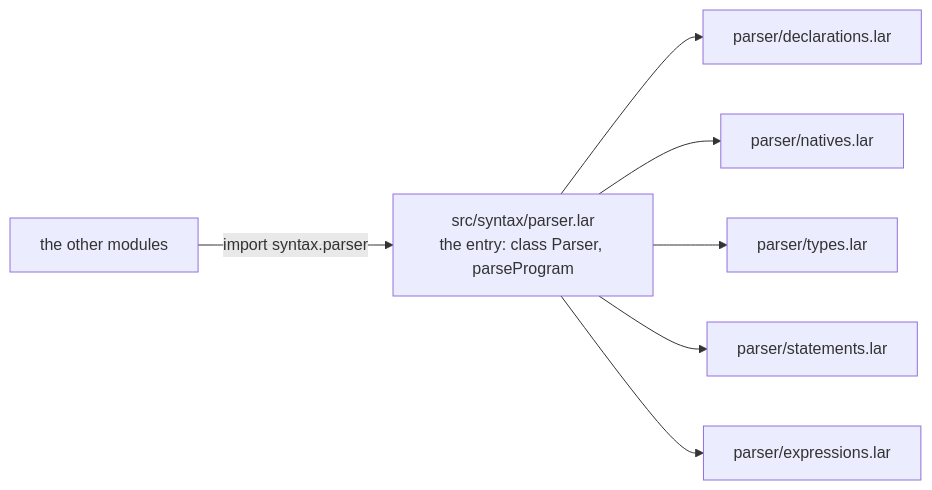
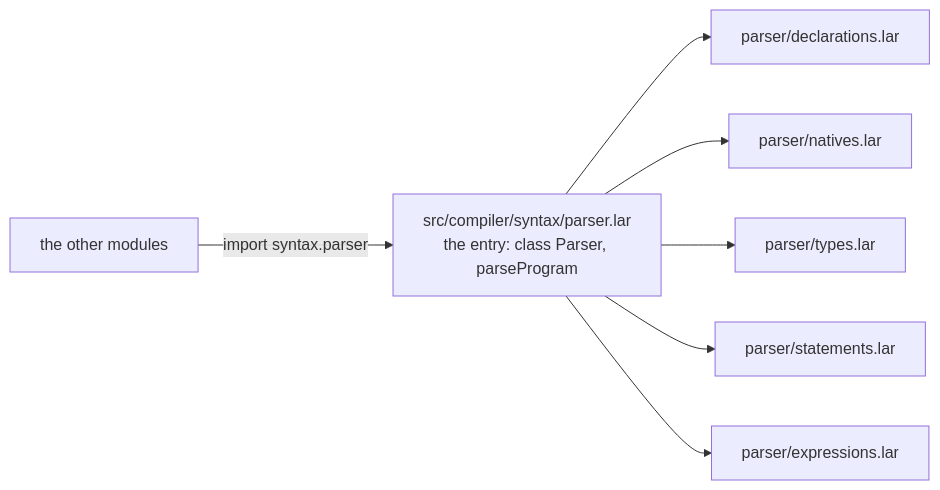
Before and after one commit to zerh/larimar: the second of 4 diagrams in CONTRIBUTING.md, drawn with Mermaid. The commit also changed other lines of this file and 263 other files, not shown here.

````diff
--- a/CONTRIBUTING.md
+++ b/CONTRIBUTING.md
@@ -76,9 +86,9 @@
 ```mermaid
 flowchart LR
-    others["the other modules"] -- import syntax.parser --> entry["src/syntax/parser.lar<br/>the entry: class Parser, parseProgram"]
+    others["the other modules"] -- import syntax.parser --> entry["src/compiler/syntax/parser.lar<br/>the entry: class Parser, parseProgram"]
     entry --> d["parser/declarations.lar"]
     entry --> n["parser/natives.lar"]
     entry --> t["parser/types.lar"]
     entry --> st["parser/statements.lar"]
     entry --> e["parser/expressions.lar"]
 ```
````
